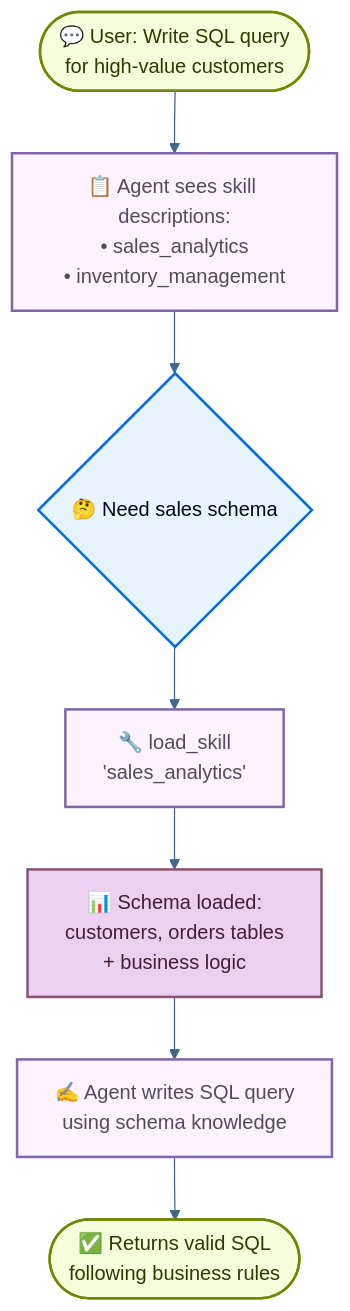
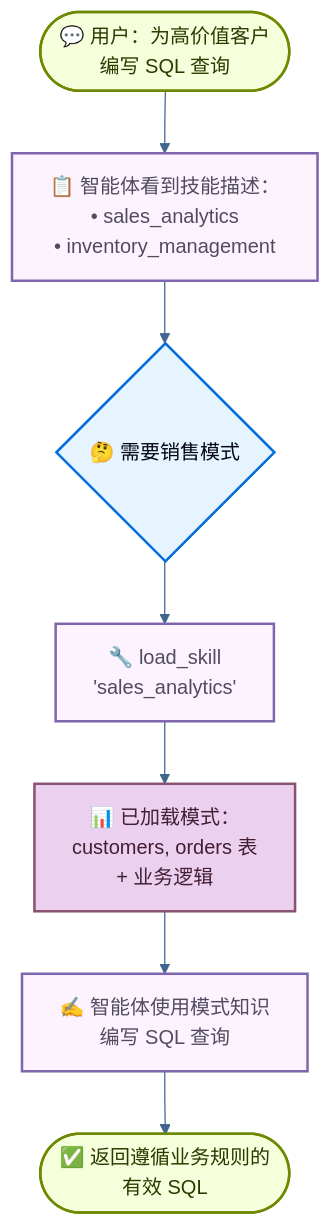
The diagram in oss/python/langchain/multi-agent/skills-sql-assistant.mdx (kunfan96/cndocs-langchain), drawn with Mermaid before and after one commit. The commit also changed other lines of this file and 2498 other files, not shown here.

````diff
--- a/oss/python/langchain/multi-agent/skills-sql-assistant.mdx
+++ b/oss/python/langchain/multi-agent/skills-sql-assistant.mdx
@@ -27,26 +27,26 @@
 ```mermaid
 %%{init: {'theme':'base', 'themeVariables': { 'primaryColor':'#E5F4FF','primaryTextColor':'#030710','primaryBorderColor':'#006DDD','lineColor':'#40668D','secondaryColor':'#F6FFDB','tertiaryColor':'#FDF3FF','tertiaryBorderColor':'#7E65AE','tertiaryTextColor':'#504B5F'}}}%%
 flowchart TD
-    Start([💬 User: Write SQL query<br/>for high-value customers]) --> SystemPrompt[📋 Agent sees skill descriptions:<br/>• sales_analytics<br/>• inventory_management]
+    Start([💬 用户：为高价值客户<br/>编写 SQL 查询]) --> SystemPrompt[📋 智能体看到技能描述：<br/>• sales_analytics<br/>• inventory_management]
 
-    SystemPrompt --> Decide{🤔 Need sales schema}
+    SystemPrompt --> Decide{🤔 需要销售模式}
 
     Decide --> LoadSkill[🔧 load_skill<br/>'sales_analytics']
 
-    LoadSkill --> Schema[📊 Schema loaded:<br/>customers, orders tables<br/>+ business logic]
+    LoadSkill --> Schema[📊 已加载模式：<br/>customers, orders 表<br/>+ 业务逻辑]
 
-    Schema --> WriteQuery[✍️ Agent writes SQL query<br/>using schema knowledge]
+    Schema --> WriteQuery[✍️ 智能体使用模式知识<br/>编写 SQL 查询]
 
-    WriteQuery --> Response([✅ Returns valid SQL<br/>following business rules])
+    WriteQuery --> Response([✅ 返回遵循业务规则的<br/>有效 SQL])
 
-    %% Styling for light and dark modes
+    %% 样式适用于亮色和暗色模式
     classDef startEnd fill:#F6FFDB,stroke:#6E8900,stroke-width:2px,color:#2E3900
     classDef process fill:#FDF3FF,stroke:#7E65AE,stroke-width:2px,color:#504B5F
     classDef decision fill:#E5F4FF,stroke:#006DDD,stroke-width:2px,color:#030710
     classDef enrichment fill:#EBD0F0,stroke:#885270,stroke-width:2px,color:#441E33
 
     class Start,Response startEnd
     class SystemPrompt,LoadSkill,WriteQuery process
     class Decide decision
     class Schema enrichment
 ```
````
